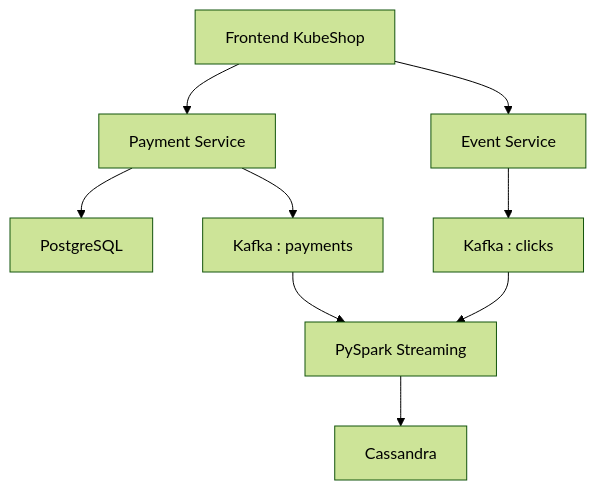
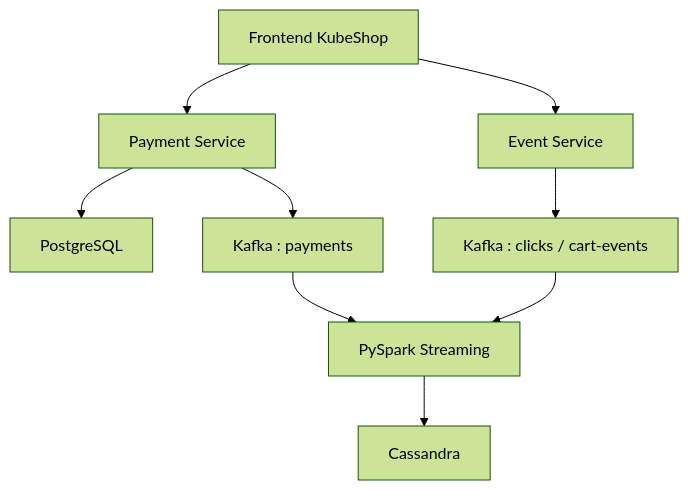
Before and after one commit to SYou-dataengineer/kubeshop: the first of 2 diagrams in docs/BIG_DATA_GUIDE.md, drawn with Mermaid (forest theme). The commit also changed other lines of this file and 22 other files, not shown here.

Commit message:
feat: add cart events and weekly monthly analytics

````diff
--- a/docs/BIG_DATA_GUIDE.md
+++ b/docs/BIG_DATA_GUIDE.md
@@ -35,11 +37,11 @@
 ```mermaid
 flowchart TD
     A["Frontend KubeShop"] --> B["Payment Service"]
     A --> C["Event Service"]
     B --> D["PostgreSQL"]
     B --> E["Kafka : payments"]
-    C --> F["Kafka : clicks"]
+    C --> F["Kafka : clicks / cart-events"]
     E --> G["PySpark Streaming"]
     F --> G
     G --> H["Cassandra"]
 ```
````
